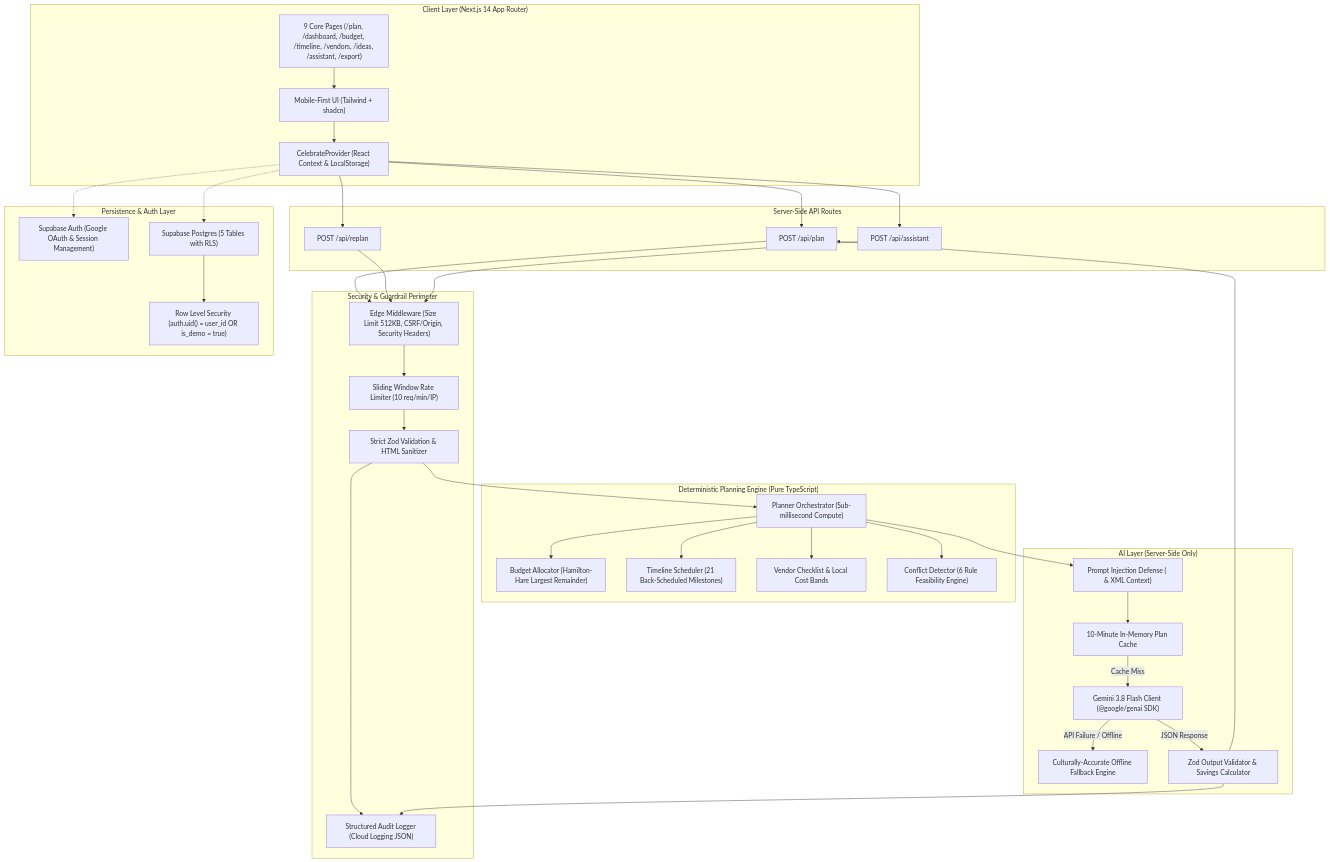
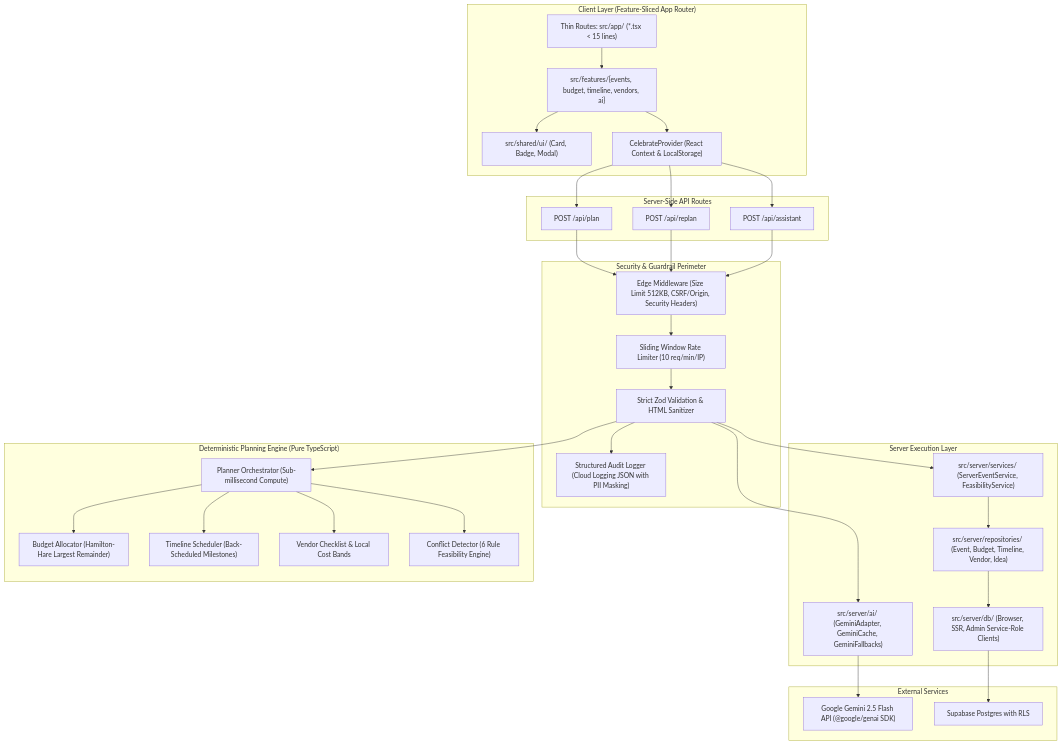
The diagram in ARCHITECTURE.md (psryogeshwar-14/CelebrateAI), drawn with Mermaid before and after one commit. The commit also changed other lines of this file and 109 other files, not shown here.

````diff
--- a/ARCHITECTURE.md
+++ b/ARCHITECTURE.md
@@ -9,73 +9,69 @@
 ```mermaid
 flowchart TD
-    subgraph Client ["Client Layer (Next.js 14 App Router)"]
-        UI["Mobile-First UI (Tailwind + shadcn)"]
-        Pages["9 Core Pages (/plan, /dashboard, /budget, /timeline, /vendors, /ideas, /assistant, /export)"]
-        State["CelebrateProvider (React Context & LocalStorage)"]
+    subgraph Client ["Client Layer (Feature-Sliced App Router)"]
+        Routes["Thin Routes: src/app/ (*.tsx < 15 lines)"]
+        Features["src/features/{events, budget, timeline, vendors, ai}"]
+        SharedUI["src/shared/ui/ (Card, Badge, Modal)"]
+        Context["CelebrateProvider (React Context & LocalStorage)"]
     end
 
     subgraph Security ["Security & Guardrail Perimeter"]
         Middleware["Edge Middleware (Size Limit 512KB, CSRF/Origin, Security Headers)"]
         RateLimiter["Sliding Window Rate Limiter (10 req/min/IP)"]
         ZodStrict["Strict Zod Validation & HTML Sanitizer"]
-        AuditLog["Structured Audit Logger (Cloud Logging JSON)"]
+        AuditLog["Structured Audit Logger (Cloud Logging JSON with PII Masking)"]
     end
 
     subgraph API ["Server-Side API Routes"]
         RoutePlan["POST /api/plan"]
         RouteReplan["POST /api/replan"]
         RouteAssistant["POST /api/assistant"]
     end
 
+    subgraph ServerLayer ["Server Execution Layer"]
+        ServerSvc["src/server/services/ (ServerEventService, FeasibilityService)"]
+        Repos["src/server/repositories/ (Event, Budget, Timeline, Vendor, Idea)"]
+        DB["src/server/db/ (Browser, SSR, Admin Service-Role Clients)"]
+        ServerAI["src/server/ai/ (GeminiAdapter, GeminiCache, GeminiFallbacks)"]
+    end
+
     subgraph Engine ["Deterministic Planning Engine (Pure TypeScript)"]
         BudgetEngine["Budget Allocator (Hamilton-Hare Largest Remainder)"]
-        TimelineEngine["Timeline Scheduler (21 Back-Scheduled Milestones)"]
+        TimelineEngine["Timeline Scheduler (Back-Scheduled Milestones)"]
         VendorEngine["Vendor Checklist & Local Cost Bands"]
         FeasibilityEngine["Conflict Detector (6 Rule Feasibility Engine)"]
         PlannerOrchestrator["Planner Orchestrator (Sub-millisecond Compute)"]
     end
 
-    subgraph AI ["AI Layer (Server-Side Only)"]
-        Prompts["Prompt Injection Defense (<untrusted_user_text> & XML Context)"]
-        GeminiClient["Gemini 3.8 Flash Client (@google/genai SDK)"]
-        Cache["10-Minute In-Memory Plan Cache"]
-        OfflineFallback["Culturally-Accurate Offline Fallback Engine"]
-        Validator["Zod Output Validator & Savings Calculator"]
+    subgraph ExternalServices ["External Services"]
+        GeminiAPI["Google Gemini 2.5 Flash API (@google/genai SDK)"]
+        SupabaseDB["Supabase Postgres with RLS"]
     end
 
-    subgraph Data ["Persistence & Auth Layer"]
-        SupabaseAuth["Supabase Auth (Google OAuth & Session Management)"]
-        SupabaseDB["Supabase Postgres (5 Tables with RLS)"]
-        RLS["Row Level Security (auth.uid() = user_id OR is_demo = true)"]
-    end
-
-    UI --> State
-    Pages --> UI
-    State --> RoutePlan
-    State --> RouteReplan
-    State --> RouteAssistant
+    Routes --> Features
+    Features --> Context
+    Features --> SharedUI
+    Context --> RoutePlan
+    Context --> RouteReplan
+    Context --> RouteAssistant
 
     RoutePlan --> Middleware
     RouteReplan --> Middleware
     RouteAssistant --> Middleware
 
     Middleware --> RateLimiter --> ZodStrict --> AuditLog
 
     ZodStrict --> PlannerOrchestrator
     PlannerOrchestrator --> BudgetEngine
     PlannerOrchestrator --> TimelineEngine
     PlannerOrchestrator --> VendorEngine
     PlannerOrchestrator --> FeasibilityEngine
 
-    PlannerOrchestrator --> Prompts
-    Prompts --> Cache
-    Cache -->|Cache Miss| GeminiClient
-    GeminiClient -->|API Failure / Offline| OfflineFallback
-    GeminiClient -->|JSON Response| Validator
-    Validator --> AuditLog
-    Validator --> RoutePlan
+    ZodStrict --> ServerSvc
+    ServerSvc --> Repos
+    Repos --> DB
+    DB --> SupabaseDB
 
-    State -.-> SupabaseAuth
-    State -.-> SupabaseDB
-    SupabaseDB --> RLS
+    ZodStrict --> ServerAI
+    ServerAI --> GeminiAPI
 ```
````
